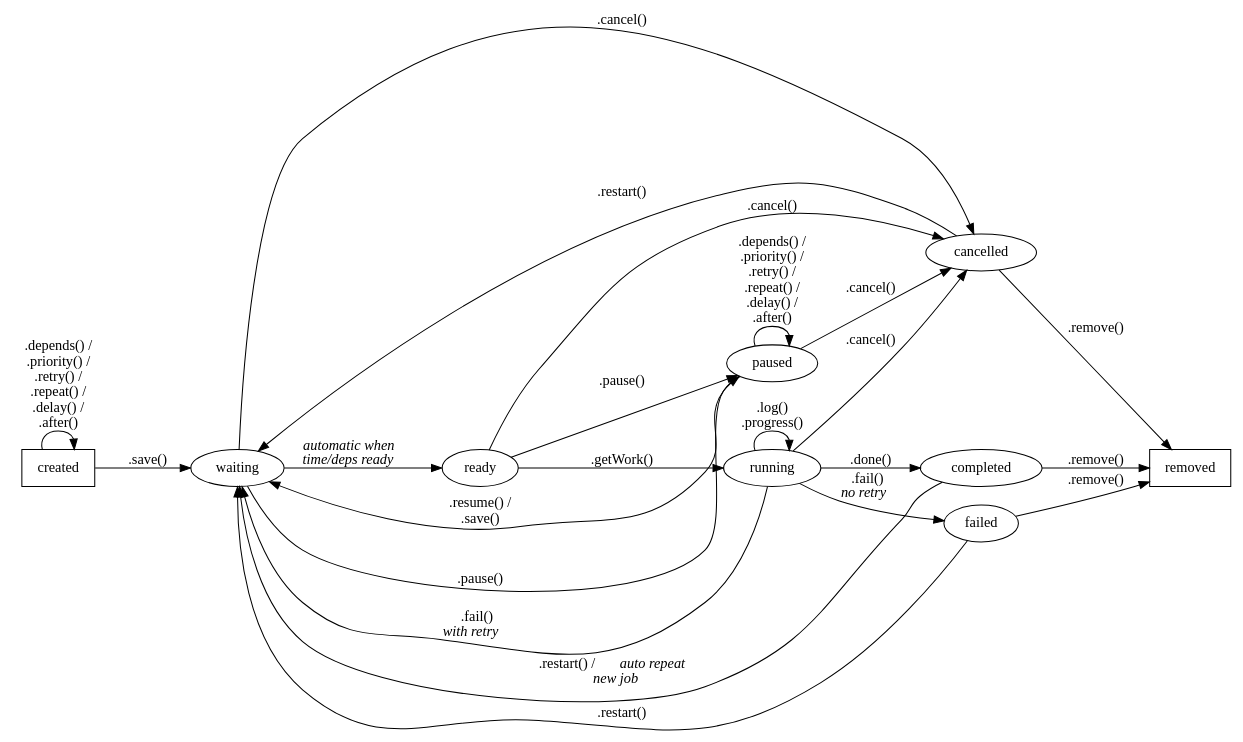
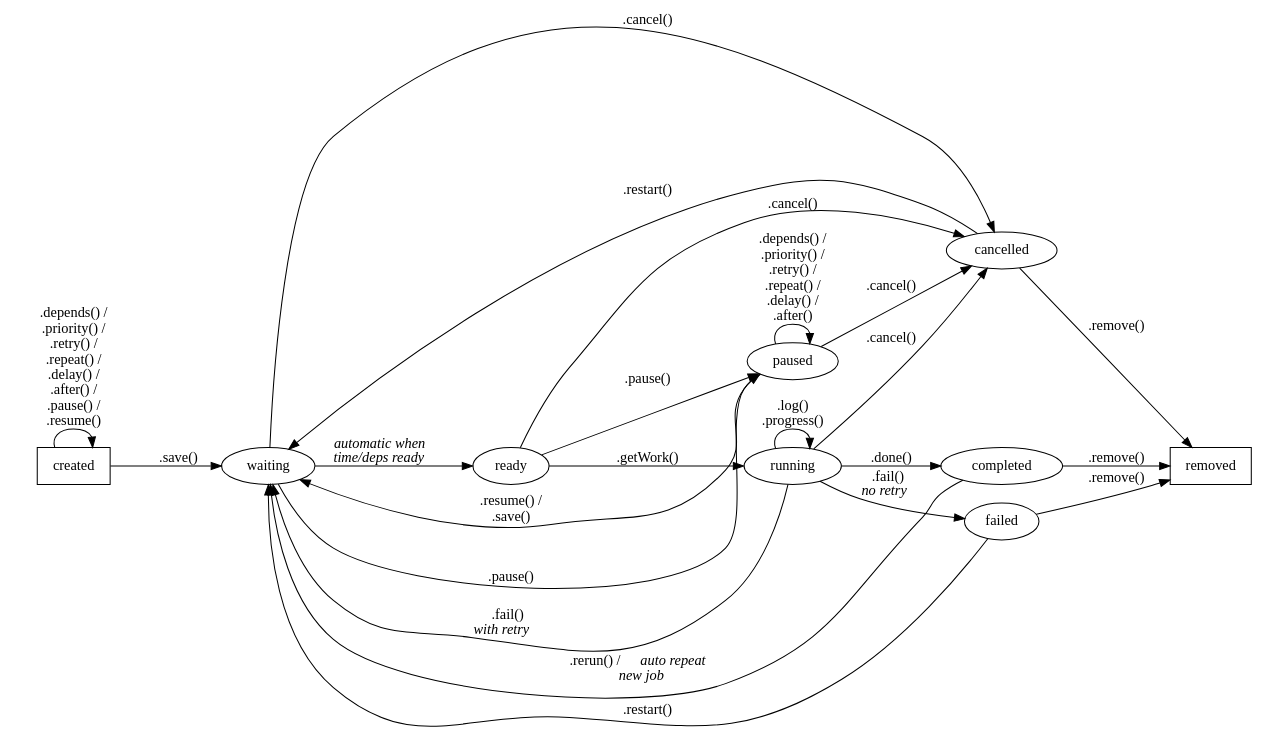
One commit to vsivsi/meteor-job changed the diagram in doc/states.dot. Above: the diagram before and after it, drawn with Graphviz. The commit also changed 3 other files, not shown here.

Commit message:
Update state diagrams for .pause/.resume of unsaved jobs and restart --> rerun in the all states dot

```diff
--- a/doc/states.dot
+++ b/doc/states.dot
@@ -1,36 +1,36 @@
 digraph jobStatus {
 
   graph [splines="spline" mclimit=1.0 ratio=auto rankdir=LR]
 
   created [shape=box];
   waiting;
   paused;
   ready;
   running;
   failed;
   cancelled;
   completed;
   removed [shape=box];
   created -> waiting [label=".save()" weight=100.0];
   waiting -> ready [label=<<I>automatic when<br/>time/deps ready</I>> weight=100.0];
   ready -> running [label=".getWork()" weight=100.0];
   running -> completed [label=".done()" weight=100.0];
   running -> failed [label=<.fail()<BR/><I>no retry</I>>];
   running -> waiting [label=<.fail()<BR/><I>with retry</I>>];
   completed -> removed [label=".remove()" weight=100.0];
   running -> cancelled [label=".cancel()"];
   ready -> cancelled [label=".cancel()"];
   waiting -> cancelled [label=".cancel()"];
   paused -> cancelled [label=".cancel()"];
   ready -> paused [label=".pause()"];
   waiting -> paused [label=".pause()"];
   paused -> waiting [label=".resume() /\n.save()"];
   cancelled -> removed [label=".remove()"];
   failed -> removed [label=".remove()"];
   cancelled -> waiting [label=".restart()"];
-  completed -> waiting [label=<.restart() / <I>auto repeat</I><BR/><I>new job</I>>];
+  completed -> waiting [label=<.rerun() / <I>auto repeat</I><BR/><I>new job</I>>];
   failed -> waiting [label=".restart()"];
-  created -> created [label=".depends() /\n.priority() /\n.retry() /\n.repeat() /\n.delay() /\n.after()"];
+  created -> created [label=".depends() /\n.priority() /\n.retry() /\n.repeat() /\n.delay() /\n.after() /\n.pause() /\n.resume()"];
   paused -> paused [label=".depends() /\n.priority() /\n.retry() /\n.repeat() /\n.delay() /\n.after()"];
   running -> running [label=".log()\n.progress()"];
 }
```
